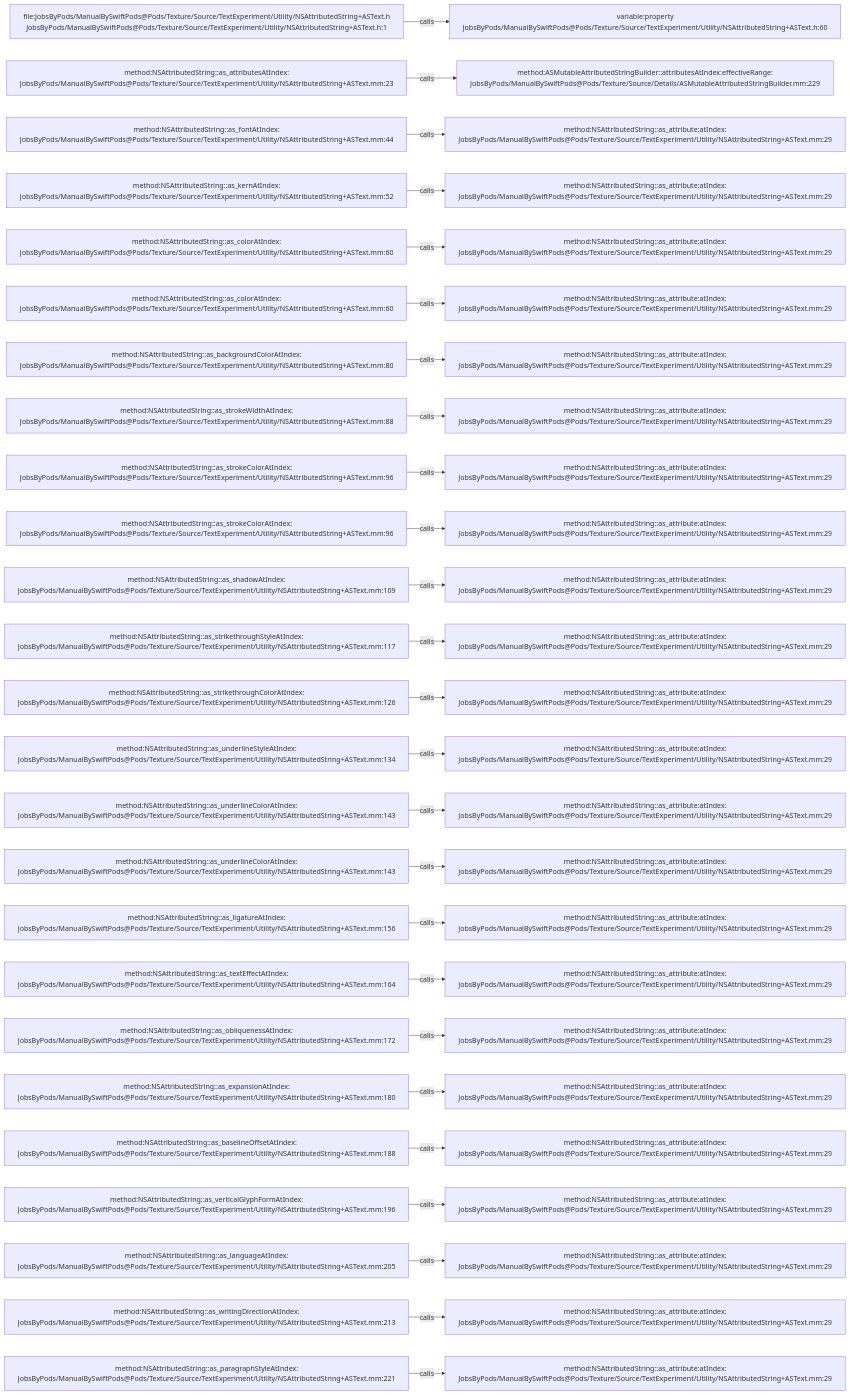
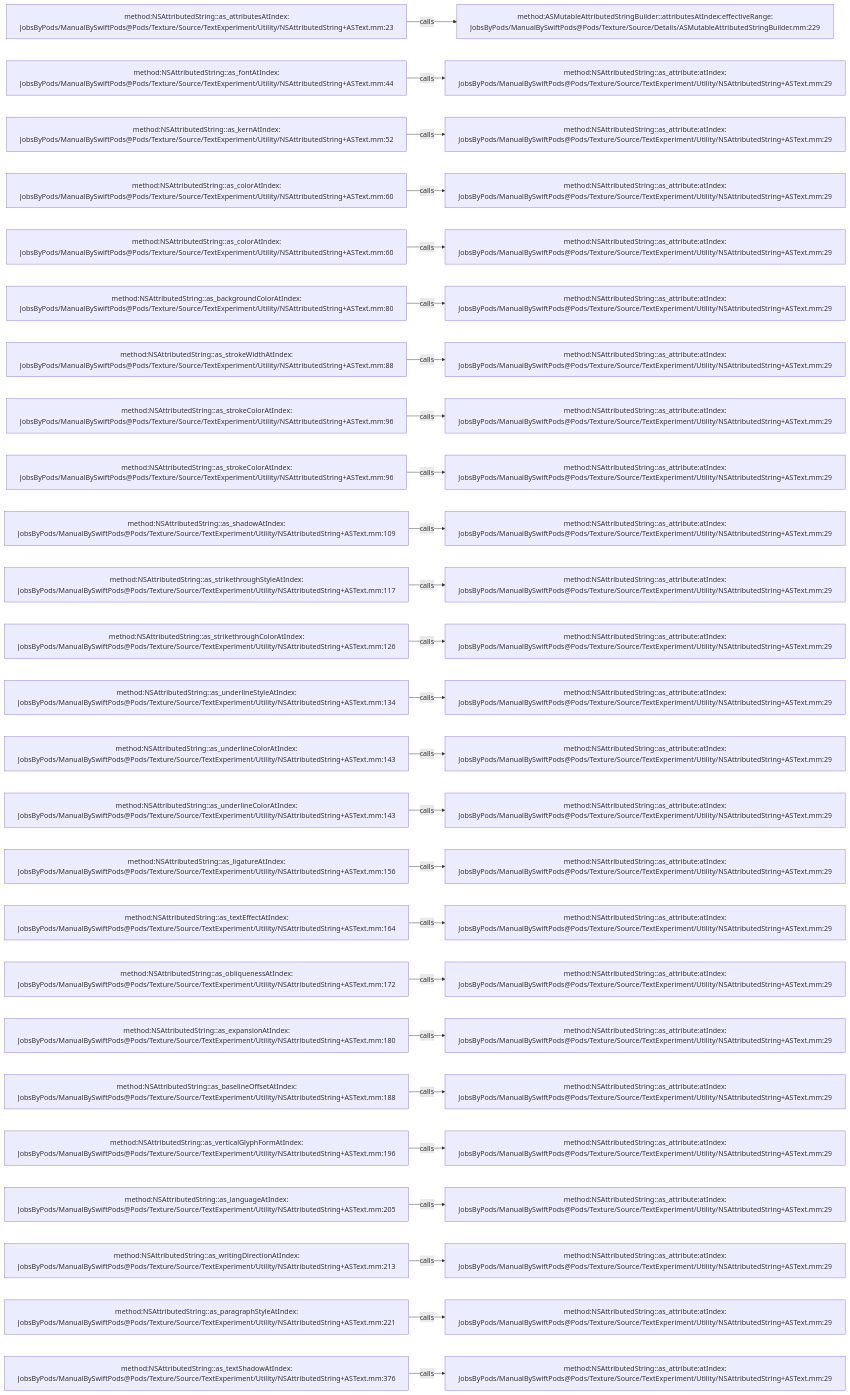
Before and after one commit to JobsKits/JobsSwiftBaseConfigDemo: the diagram in .codegraph/codegraph.md/graphs/calls-142.md, drawn with Mermaid. The commit also changed 747 other files, not shown here.

````diff
--- a/.codegraph/codegraph.md/graphs/calls-142.md
+++ b/.codegraph/codegraph.md/graphs/calls-142.md
@@ -13,78 +13,78 @@
 ```mermaid
 flowchart LR
-  S1["file:JobsByPods/ManualBySwiftPods@Pods/Texture/Source/TextExperiment/Utility/NSAttributedString+ASText.h<br/>JobsByPods/ManualBySwiftPods@Pods/Texture/Source/TextExperiment/Utility/NSAttributedString+ASText.h:1"]
-  T1["variable:property<br/>JobsByPods/ManualBySwiftPods@Pods/Texture/Source/TextExperiment/Utility/NSAttributedString+ASText.h:60"]
+  S1["method:NSAttributedString::as_attributesAtIndex:<br/>JobsByPods/ManualBySwiftPods@Pods/Texture/Source/TextExperiment/Utility/NSAttributedString+ASText.mm:23"]
+  T1["method:ASMutableAttributedStringBuilder::attributesAtIndex:effectiveRange:<br/>JobsByPods/ManualBySwiftPods@Pods/Texture/Source/Details/ASMutableAttributedStringBuilder.mm:229"]
   S1 -->|calls| T1
-  S2["method:NSAttributedString::as_attributesAtIndex:<br/>JobsByPods/ManualBySwiftPods@Pods/Texture/Source/TextExperiment/Utility/NSAttributedString+ASText.mm:23"]
-  T2["method:ASMutableAttributedStringBuilder::attributesAtIndex:effectiveRange:<br/>JobsByPods/ManualBySwiftPods@Pods/Texture/Source/Details/ASMutableAttributedStringBuilder.mm:229"]
+  S2["method:NSAttributedString::as_fontAtIndex:<br/>JobsByPods/ManualBySwiftPods@Pods/Texture/Source/TextExperiment/Utility/NSAttributedString+ASText.mm:44"]
+  T2["method:NSAttributedString::as_attribute:atIndex:<br/>JobsByPods/ManualBySwiftPods@Pods/Texture/Source/TextExperiment/Utility/NSAttributedString+ASText.mm:29"]
   S2 -->|calls| T2
-  S3["method:NSAttributedString::as_fontAtIndex:<br/>JobsByPods/ManualBySwiftPods@Pods/Texture/Source/TextExperiment/Utility/NSAttributedString+ASText.mm:44"]
+  S3["method:NSAttributedString::as_kernAtIndex:<br/>JobsByPods/ManualBySwiftPods@Pods/Texture/Source/TextExperiment/Utility/NSAttributedString+ASText.mm:52"]
   T3["method:NSAttributedString::as_attribute:atIndex:<br/>JobsByPods/ManualBySwiftPods@Pods/Texture/Source/TextExperiment/Utility/NSAttributedString+ASText.mm:29"]
   S3 -->|calls| T3
-  S4["method:NSAttributedString::as_kernAtIndex:<br/>JobsByPods/ManualBySwiftPods@Pods/Texture/Source/TextExperiment/Utility/NSAttributedString+ASText.mm:52"]
+  S4["method:NSAttributedString::as_colorAtIndex:<br/>JobsByPods/ManualBySwiftPods@Pods/Texture/Source/TextExperiment/Utility/NSAttributedString+ASText.mm:60"]
   T4["method:NSAttributedString::as_attribute:atIndex:<br/>JobsByPods/ManualBySwiftPods@Pods/Texture/Source/TextExperiment/Utility/NSAttributedString+ASText.mm:29"]
   S4 -->|calls| T4
   S5["method:NSAttributedString::as_colorAtIndex:<br/>JobsByPods/ManualBySwiftPods@Pods/Texture/Source/TextExperiment/Utility/NSAttributedString+ASText.mm:60"]
   T5["method:NSAttributedString::as_attribute:atIndex:<br/>JobsByPods/ManualBySwiftPods@Pods/Texture/Source/TextExperiment/Utility/NSAttributedString+ASText.mm:29"]
   S5 -->|calls| T5
-  S6["method:NSAttributedString::as_colorAtIndex:<br/>JobsByPods/ManualBySwiftPods@Pods/Texture/Source/TextExperiment/Utility/NSAttributedString+ASText.mm:60"]
+  S6["method:NSAttributedString::as_backgroundColorAtIndex:<br/>JobsByPods/ManualBySwiftPods@Pods/Texture/Source/TextExperiment/Utility/NSAttributedString+ASText.mm:80"]
   T6["method:NSAttributedString::as_attribute:atIndex:<br/>JobsByPods/ManualBySwiftPods@Pods/Texture/Source/TextExperiment/Utility/NSAttributedString+ASText.mm:29"]
   S6 -->|calls| T6
-  S7["method:NSAttributedString::as_backgroundColorAtIndex:<br/>JobsByPods/ManualBySwiftPods@Pods/Texture/Source/TextExperiment/Utility/NSAttributedString+ASText.mm:80"]
+  S7["method:NSAttributedString::as_strokeWidthAtIndex:<br/>JobsByPods/ManualBySwiftPods@Pods/Texture/Source/TextExperiment/Utility/NSAttributedString+ASText.mm:88"]
   T7["method:NSAttributedString::as_attribute:atIndex:<br/>JobsByPods/ManualBySwiftPods@Pods/Texture/Source/TextExperiment/Utility/NSAttributedString+ASText.mm:29"]
   S7 -->|calls| T7
-  S8["method:NSAttributedString::as_strokeWidthAtIndex:<br/>JobsByPods/ManualBySwiftPods@Pods/Texture/Source/TextExperiment/Utility/NSAttributedString+ASText.mm:88"]
+  S8["method:NSAttributedString::as_strokeColorAtIndex:<br/>JobsByPods/ManualBySwiftPods@Pods/Texture/Source/TextExperiment/Utility/NSAttributedString+ASText.mm:96"]
   T8["method:NSAttributedString::as_attribute:atIndex:<br/>JobsByPods/ManualBySwiftPods@Pods/Texture/Source/TextExperiment/Utility/NSAttributedString+ASText.mm:29"]
   S8 -->|calls| T8
   S9["method:NSAttributedString::as_strokeColorAtIndex:<br/>JobsByPods/ManualBySwiftPods@Pods/Texture/Source/TextExperiment/Utility/NSAttributedString+ASText.mm:96"]
   T9["method:NSAttributedString::as_attribute:atIndex:<br/>JobsByPods/ManualBySwiftPods@Pods/Texture/Source/TextExperiment/Utility/NSAttributedString+ASText.mm:29"]
   S9 -->|calls| T9
-  S10["method:NSAttributedString::as_strokeColorAtIndex:<br/>JobsByPods/ManualBySwiftPods@Pods/Texture/Source/TextExperiment/Utility/NSAttributedString+ASText.mm:96"]
+  S10["method:NSAttributedString::as_shadowAtIndex:<br/>JobsByPods/ManualBySwiftPods@Pods/Texture/Source/TextExperiment/Utility/NSAttributedString+ASText.mm:109"]
   T10["method:NSAttributedString::as_attribute:atIndex:<br/>JobsByPods/ManualBySwiftPods@Pods/Texture/Source/TextExperiment/Utility/NSAttributedString+ASText.mm:29"]
   S10 -->|calls| T10
-  S11["method:NSAttributedString::as_shadowAtIndex:<br/>JobsByPods/ManualBySwiftPods@Pods/Texture/Source/TextExperiment/Utility/NSAttributedString+ASText.mm:109"]
+  S11["method:NSAttributedString::as_strikethroughStyleAtIndex:<br/>JobsByPods/ManualBySwiftPods@Pods/Texture/Source/TextExperiment/Utility/NSAttributedString+ASText.mm:117"]
   T11["method:NSAttributedString::as_attribute:atIndex:<br/>JobsByPods/ManualBySwiftPods@Pods/Texture/Source/TextExperiment/Utility/NSAttributedString+ASText.mm:29"]
   S11 -->|calls| T11
-  S12["method:NSAttributedString::as_strikethroughStyleAtIndex:<br/>JobsByPods/ManualBySwiftPods@Pods/Texture/Source/TextExperiment/Utility/NSAttributedString+ASText.mm:117"]
+  S12["method:NSAttributedString::as_strikethroughColorAtIndex:<br/>JobsByPods/ManualBySwiftPods@Pods/Texture/Source/TextExperiment/Utility/NSAttributedString+ASText.mm:126"]
   T12["method:NSAttributedString::as_attribute:atIndex:<br/>JobsByPods/ManualBySwiftPods@Pods/Texture/Source/TextExperiment/Utility/NSAttributedString+ASText.mm:29"]
   S12 -->|calls| T12
-  S13["method:NSAttributedString::as_strikethroughColorAtIndex:<br/>JobsByPods/ManualBySwiftPods@Pods/Texture/Source/TextExperiment/Utility/NSAttributedString+ASText.mm:126"]
+  S13["method:NSAttributedString::as_underlineStyleAtIndex:<br/>JobsByPods/ManualBySwiftPods@Pods/Texture/Source/TextExperiment/Utility/NSAttributedString+ASText.mm:134"]
   T13["method:NSAttributedString::as_attribute:atIndex:<br/>JobsByPods/ManualBySwiftPods@Pods/Texture/Source/TextExperiment/Utility/NSAttributedString+ASText.mm:29"]
   S13 -->|calls| T13
-  S14["method:NSAttributedString::as_underlineStyleAtIndex:<br/>JobsByPods/ManualBySwiftPods@Pods/Texture/Source/TextExperiment/Utility/NSAttributedString+ASText.mm:134"]
+  S14["method:NSAttributedString::as_underlineColorAtIndex:<br/>JobsByPods/ManualBySwiftPods@Pods/Texture/Source/TextExperiment/Utility/NSAttributedString+ASText.mm:143"]
   T14["method:NSAttributedString::as_attribute:atIndex:<br/>JobsByPods/ManualBySwiftPods@Pods/Texture/Source/TextExperiment/Utility/NSAttributedString+ASText.mm:29"]
   S14 -->|calls| T14
   S15["method:NSAttributedString::as_underlineColorAtIndex:<br/>JobsByPods/ManualBySwiftPods@Pods/Texture/Source/TextExperiment/Utility/NSAttributedString+ASText.mm:143"]
   T15["method:NSAttributedString::as_attribute:atIndex:<br/>JobsByPods/ManualBySwiftPods@Pods/Texture/Source/TextExperiment/Utility/NSAttributedString+ASText.mm:29"]
   S15 -->|calls| T15
-  S16["method:NSAttributedString::as_underlineColorAtIndex:<br/>JobsByPods/ManualBySwiftPods@Pods/Texture/Source/TextExperiment/Utility/NSAttributedString+ASText.mm:143"]
+  S16["method:NSAttributedString::as_ligatureAtIndex:<br/>JobsByPods/ManualBySwiftPods@Pods/Texture/Source/TextExperiment/Utility/NSAttributedString+ASText.mm:156"]
   T16["method:NSAttributedString::as_attribute:atIndex:<br/>JobsByPods/ManualBySwiftPods@Pods/Texture/Source/TextExperiment/Utility/NSAttributedString+ASText.mm:29"]
   S16 -->|calls| T16
-  S17["method:NSAttributedString::as_ligatureAtIndex:<br/>JobsByPods/ManualBySwiftPods@Pods/Texture/Source/TextExperiment/Utility/NSAttributedString+ASText.mm:156"]
+  S17["method:NSAttributedString::as_textEffectAtIndex:<br/>JobsByPods/ManualBySwiftPods@Pods/Texture/Source/TextExperiment/Utility/NSAttributedString+ASText.mm:164"]
   T17["method:NSAttributedString::as_attribute:atIndex:<br/>JobsByPods/ManualBySwiftPods@Pods/Texture/Source/TextExperiment/Utility/NSAttributedString+ASText.mm:29"]
   S17 -->|calls| T17
-  S18["method:NSAttributedString::as_textEffectAtIndex:<br/>JobsByPods/ManualBySwiftPods@Pods/Texture/Source/TextExperiment/Utility/NSAttributedString+ASText.mm:164"]
+  S18["method:NSAttributedString::as_obliquenessAtIndex:<br/>JobsByPods/ManualBySwiftPods@Pods/Texture/Source/TextExperiment/Utility/NSAttributedString+ASText.mm:172"]
   T18["method:NSAttributedString::as_attribute:atIndex:<br/>JobsByPods/ManualBySwiftPods@Pods/Texture/Source/TextExperiment/Utility/NSAttributedString+ASText.mm:29"]
   S18 -->|calls| T18
-  S19["method:NSAttributedString::as_obliquenessAtIndex:<br/>JobsByPods/ManualBySwiftPods@Pods/Texture/Source/TextExperiment/Utility/NSAttributedString+ASText.mm:172"]
+  S19["method:NSAttributedString::as_expansionAtIndex:<br/>JobsByPods/ManualBySwiftPods@Pods/Texture/Source/TextExperiment/Utility/NSAttributedString+ASText.mm:180"]
   T19["method:NSAttributedString::as_attribute:atIndex:<br/>JobsByPods/ManualBySwiftPods@Pods/Texture/Source/TextExperiment/Utility/NSAttributedString+ASText.mm:29"]
   S19 -->|calls| T19
-  S20["method:NSAttributedString::as_expansionAtIndex:<br/>JobsByPods/ManualBySwiftPods@Pods/Texture/Source/TextExperiment/Utility/NSAttributedString+ASText.mm:180"]
+  S20["method:NSAttributedString::as_baselineOffsetAtIndex:<br/>JobsByPods/ManualBySwiftPods@Pods/Texture/Source/TextExperiment/Utility/NSAttributedString+ASText.mm:188"]
   T20["method:NSAttributedString::as_attribute:atIndex:<br/>JobsByPods/ManualBySwiftPods@Pods/Texture/Source/TextExperiment/Utility/NSAttributedString+ASText.mm:29"]
   S20 -->|calls| T20
-  S21["method:NSAttributedString::as_baselineOffsetAtIndex:<br/>JobsByPods/ManualBySwiftPods@Pods/Texture/Source/TextExperiment/Utility/NSAttributedString+ASText.mm:188"]
+  S21["method:NSAttributedString::as_verticalGlyphFormAtIndex:<br/>JobsByPods/ManualBySwiftPods@Pods/Texture/Source/TextExperiment/Utility/NSAttributedString+ASText.mm:196"]
   T21["method:NSAttributedString::as_attribute:atIndex:<br/>JobsByPods/ManualBySwiftPods@Pods/Texture/Source/TextExperiment/Utility/NSAttributedString+ASText.mm:29"]
   S21 -->|calls| T21
-  S22["method:NSAttributedString::as_verticalGlyphFormAtIndex:<br/>JobsByPods/ManualBySwiftPods@Pods/Texture/Source/TextExperiment/Utility/NSAttributedString+ASText.mm:196"]
+  S22["method:NSAttributedString::as_languageAtIndex:<br/>JobsByPods/ManualBySwiftPods@Pods/Texture/Source/TextExperiment/Utility/NSAttributedString+ASText.mm:205"]
   T22["method:NSAttributedString::as_attribute:atIndex:<br/>JobsByPods/ManualBySwiftPods@Pods/Texture/Source/TextExperiment/Utility/NSAttributedString+ASText.mm:29"]
   S22 -->|calls| T22
-  S23["method:NSAttributedString::as_languageAtIndex:<br/>JobsByPods/ManualBySwiftPods@Pods/Texture/Source/TextExperiment/Utility/NSAttributedString+ASText.mm:205"]
+  S23["method:NSAttributedString::as_writingDirectionAtIndex:<br/>JobsByPods/ManualBySwiftPods@Pods/Texture/Source/TextExperiment/Utility/NSAttributedString+ASText.mm:213"]
   T23["method:NSAttributedString::as_attribute:atIndex:<br/>JobsByPods/ManualBySwiftPods@Pods/Texture/Source/TextExperiment/Utility/NSAttributedString+ASText.mm:29"]
   S23 -->|calls| T23
-  S24["method:NSAttributedString::as_writingDirectionAtIndex:<br/>JobsByPods/ManualBySwiftPods@Pods/Texture/Source/TextExperiment/Utility/NSAttributedString+ASText.mm:213"]
+  S24["method:NSAttributedString::as_paragraphStyleAtIndex:<br/>JobsByPods/ManualBySwiftPods@Pods/Texture/Source/TextExperiment/Utility/NSAttributedString+ASText.mm:221"]
   T24["method:NSAttributedString::as_attribute:atIndex:<br/>JobsByPods/ManualBySwiftPods@Pods/Texture/Source/TextExperiment/Utility/NSAttributedString+ASText.mm:29"]
   S24 -->|calls| T24
-  S25["method:NSAttributedString::as_paragraphStyleAtIndex:<br/>JobsByPods/ManualBySwiftPods@Pods/Texture/Source/TextExperiment/Utility/NSAttributedString+ASText.mm:221"]
+  S25["method:NSAttributedString::as_textShadowAtIndex:<br/>JobsByPods/ManualBySwiftPods@Pods/Texture/Source/TextExperiment/Utility/NSAttributedString+ASText.mm:376"]
   T25["method:NSAttributedString::as_attribute:atIndex:<br/>JobsByPods/ManualBySwiftPods@Pods/Texture/Source/TextExperiment/Utility/NSAttributedString+ASText.mm:29"]
   S25 -->|calls| T25
 ```
````
